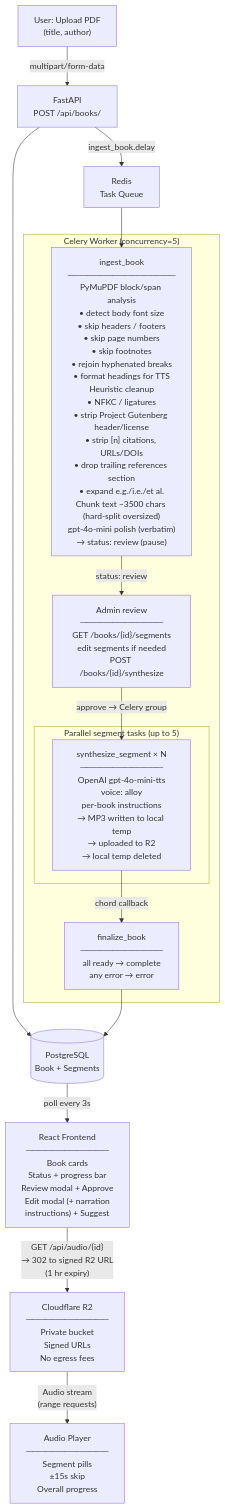
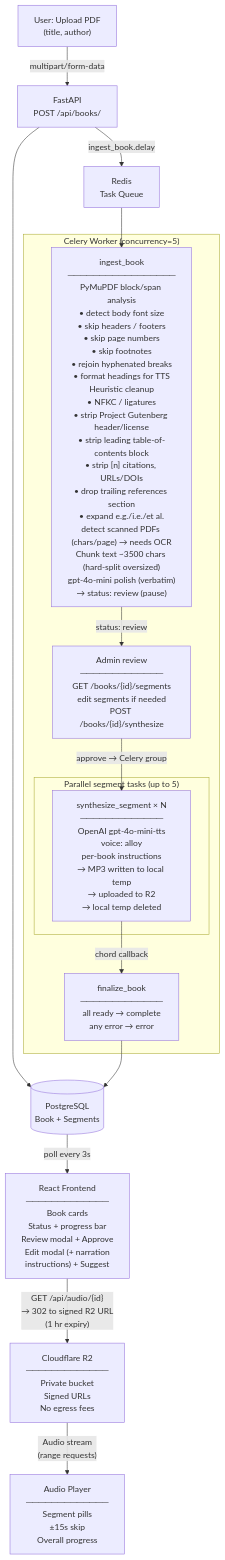
Before and after one commit to antispiraldev/AudioBookLib: the diagram in PIPELINE.md, drawn with Mermaid. The commit also changed 4 other files, not shown here.

First line of the commit message:
feat: front-matter strip + scanned-PDF detection

````diff
--- a/PIPELINE.md
+++ b/PIPELINE.md
@@ -3,36 +3,36 @@
 ```mermaid
 flowchart TD
     Upload["User: Upload PDF\n(title, author)"]
     API["FastAPI\nPOST /api/books/"]
     DB[("PostgreSQL\nBook + Segments")]
     Queue["Redis\nTask Queue"]
 
     Upload -->|multipart/form-data| API
     API --> DB
     API -->|ingest_book.delay| Queue
 
     Queue --> Ingest
 
     subgraph Worker ["Celery Worker (concurrency=5)"]
-        Ingest["ingest_book\n─────────────────\nPyMuPDF block/span analysis\n• detect body font size\n• skip headers / footers\n• skip page numbers\n• skip footnotes\n• rejoin hyphenated breaks\n• format headings for TTS\nHeuristic cleanup\n• NFKC / ligatures\n• strip Project Gutenberg header/license\n• strip [n] citations, URLs/DOIs\n• drop trailing references section\n• expand e.g./i.e./et al.\nChunk text ~3500 chars (hard-split oversized)\ngpt-4o-mini polish (verbatim)\n→ status: review (pause)"]
+        Ingest["ingest_book\n─────────────────\nPyMuPDF block/span analysis\n• detect body font size\n• skip headers / footers\n• skip page numbers\n• skip footnotes\n• rejoin hyphenated breaks\n• format headings for TTS\nHeuristic cleanup\n• NFKC / ligatures\n• strip Project Gutenberg header/license\n• strip leading table-of-contents block\n• strip [n] citations, URLs/DOIs\n• drop trailing references section\n• expand e.g./i.e./et al.\ndetect scanned PDFs (chars/page) → needs OCR\nChunk text ~3500 chars (hard-split oversized)\ngpt-4o-mini polish (verbatim)\n→ status: review (pause)"]
 
         Review["Admin review\n─────────────\nGET /books/{id}/segments\nedit segments if needed\nPOST /books/{id}/synthesize"]
         Ingest -->|"status: review"| Review
         Review -->|"approve → Celery group"| Synth
 
         subgraph Parallel ["Parallel segment tasks (up to 5)"]
             Synth["synthesize_segment × N\n─────────────\nOpenAI gpt-4o-mini-tts\nvoice: alloy\nper-book instructions\n→ MP3 written to local temp\n→ uploaded to R2\n→ local temp deleted"]
         end
 
         Synth -->|"chord callback"| Finalize
         Finalize["finalize_book\n─────────────\nall ready → complete\nany error  → error"]
     end
 
     Finalize --> DB
 
     DB -->|"poll every 3s"| Frontend
     Frontend["React Frontend\n─────────────\nBook cards\nStatus + progress bar\nReview modal + Approve\nEdit modal (+ narration\ninstructions) + Suggest"]
     Frontend -->|"GET /api/audio/{id}\n→ 302 to signed R2 URL\n(1 hr expiry)"| R2
     R2["Cloudflare R2\n─────────────\nPrivate bucket\nSigned URLs\nNo egress fees"]
     R2 -->|"Audio stream\n(range requests)"| Player["Audio Player\n─────────────\nSegment pills\n±15s skip\nOverall progress"]
 ```
````
